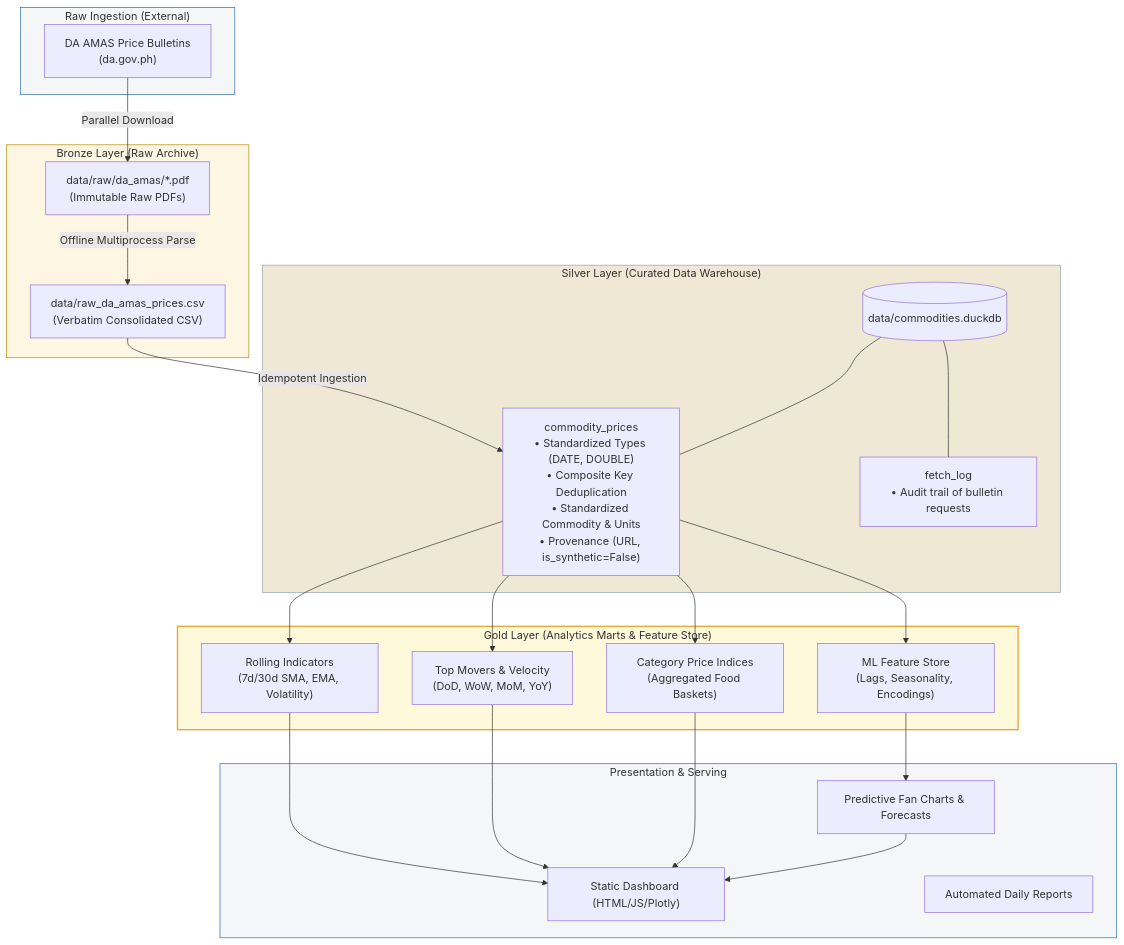
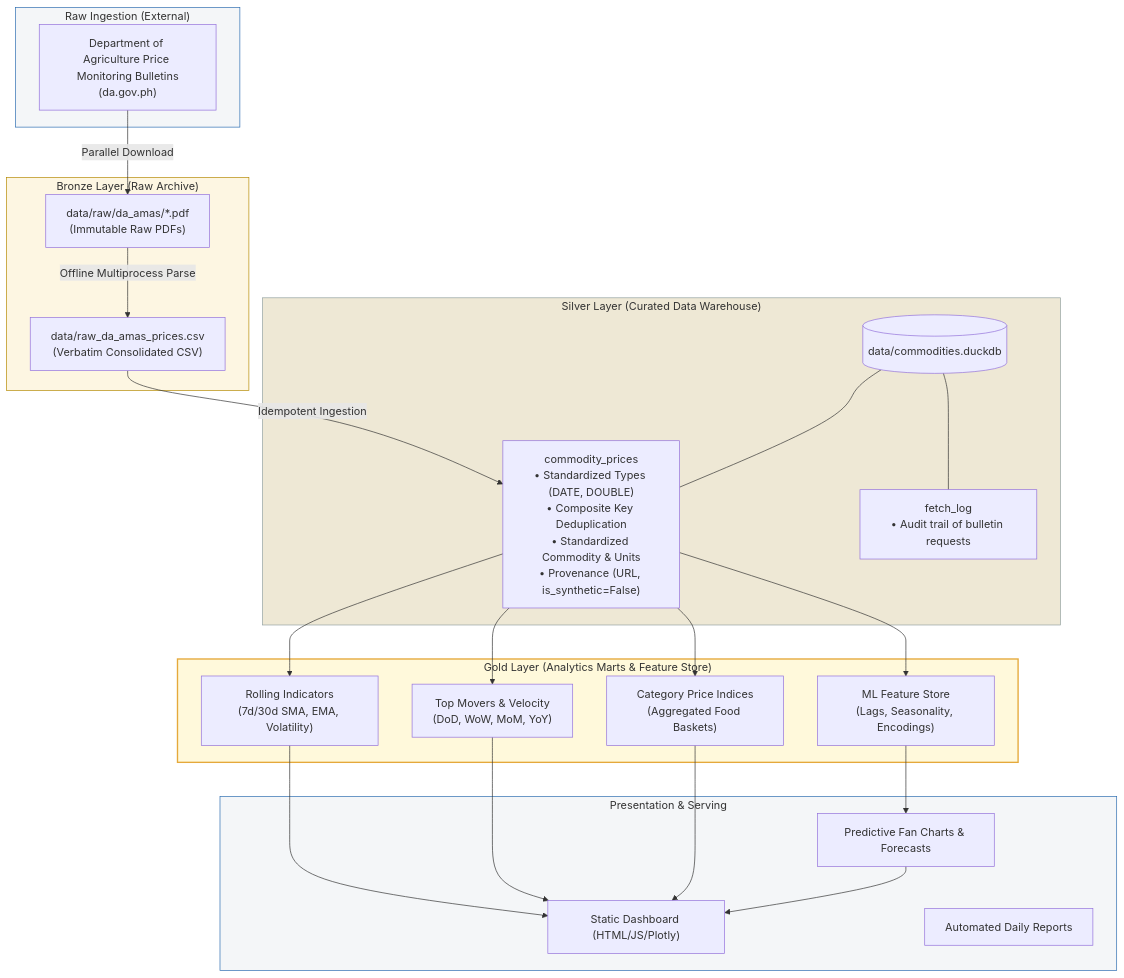
The first of 2 diagrams in docs/data_warehouse_concepts.md (LeinnarF/Philippine-Commodity-Price-Tracker), drawn with Mermaid before and after one commit. The commit also changed 17 other files, not shown here.

Commit message:
refactor: rename DA AMAS mentions to Department of Agriculture price monitoring

````diff
--- a/docs/data_warehouse_concepts.md
+++ b/docs/data_warehouse_concepts.md
@@ -29,54 +29,54 @@
 ```mermaid
 flowchart TD
     subgraph S1["Raw Ingestion (External)"]
-        DA["DA AMAS Price Bulletins<br/>(da.gov.ph)"]
+        DA["Department of Agriculture Price Monitoring Bulletins<br/>(da.gov.ph)"]
     end
 
     subgraph Bronze["Bronze Layer (Raw Archive)"]
         PDF["data/raw/da_amas/*.pdf<br/>(Immutable Raw PDFs)"]
         CSV["data/raw_da_amas_prices.csv<br/>(Verbatim Consolidated CSV)"]
         DA -->|Parallel Download| PDF
         PDF -->|Offline Multiprocess Parse| CSV
     end
 
     subgraph Silver["Silver Layer (Curated Data Warehouse)"]
         DDB[("data/commodities.duckdb")]
         CP["commodity_prices<br/>• Standardized Types (DATE, DOUBLE)<br/>• Composite Key Deduplication<br/>• Standardized Commodity & Units<br/>• Provenance (URL, is_synthetic=False)"]
         FL["fetch_log<br/>• Audit trail of bulletin requests"]
         CSV -->|Idempotent Ingestion| CP
         DDB --- CP
         DDB --- FL
     end
 
     subgraph Gold["Gold Layer (Analytics Marts & Feature Store)"]
         ROLL["Rolling Indicators<br/>(7d/30d SMA, EMA, Volatility)"]
         TOP["Top Movers & Velocity<br/>(DoD, WoW, MoM, YoY)"]
         CAT["Category Price Indices<br/>(Aggregated Food Baskets)"]
         ML["ML Feature Store<br/>(Lags, Seasonality, Encodings)"]
         CP --> ROLL
         CP --> TOP
         CP --> CAT
         CP --> ML
     end
 
     subgraph Presentation["Presentation & Serving"]
         DASH["Static Dashboard (HTML/JS/Plotly)"]
         FORE["Predictive Fan Charts & Forecasts"]
         GOLD_SERVE["Automated Daily Reports"]
         ROLL --> DASH
         TOP --> DASH
         CAT --> DASH
         ML --> FORE
         FORE --> DASH
     end
 
     classDef bronze fill:#fdf6e2,stroke:#b58900,stroke-width:1px;
     classDef silver fill:#eee8d5,stroke:#93a1a1,stroke-width:1px;
     classDef gold fill:#fff9db,stroke:#e5a93b,stroke-width:2px;
     classDef core fill:#f4f6f8,stroke:#2b6cb0,stroke-width:1px;
 
     class Bronze bronze;
     class Silver silver;
     class Gold gold;
     class S1,Presentation core;
 ```
````
